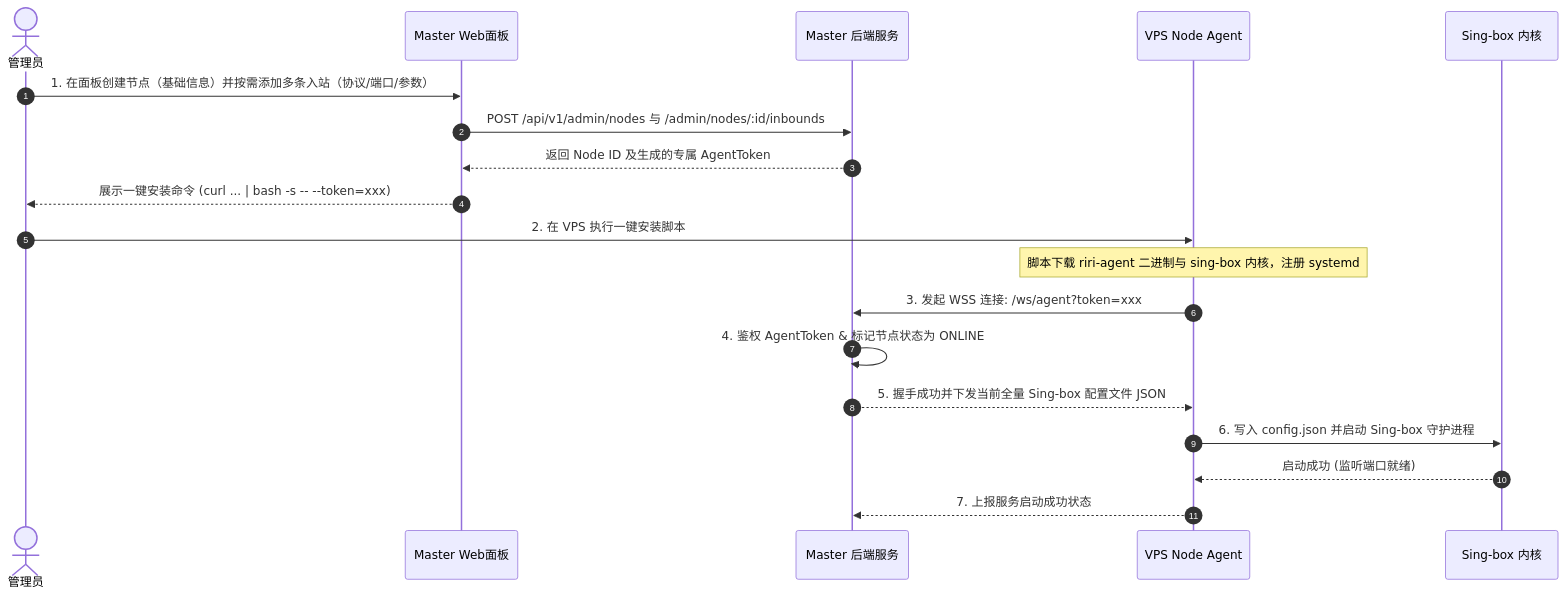
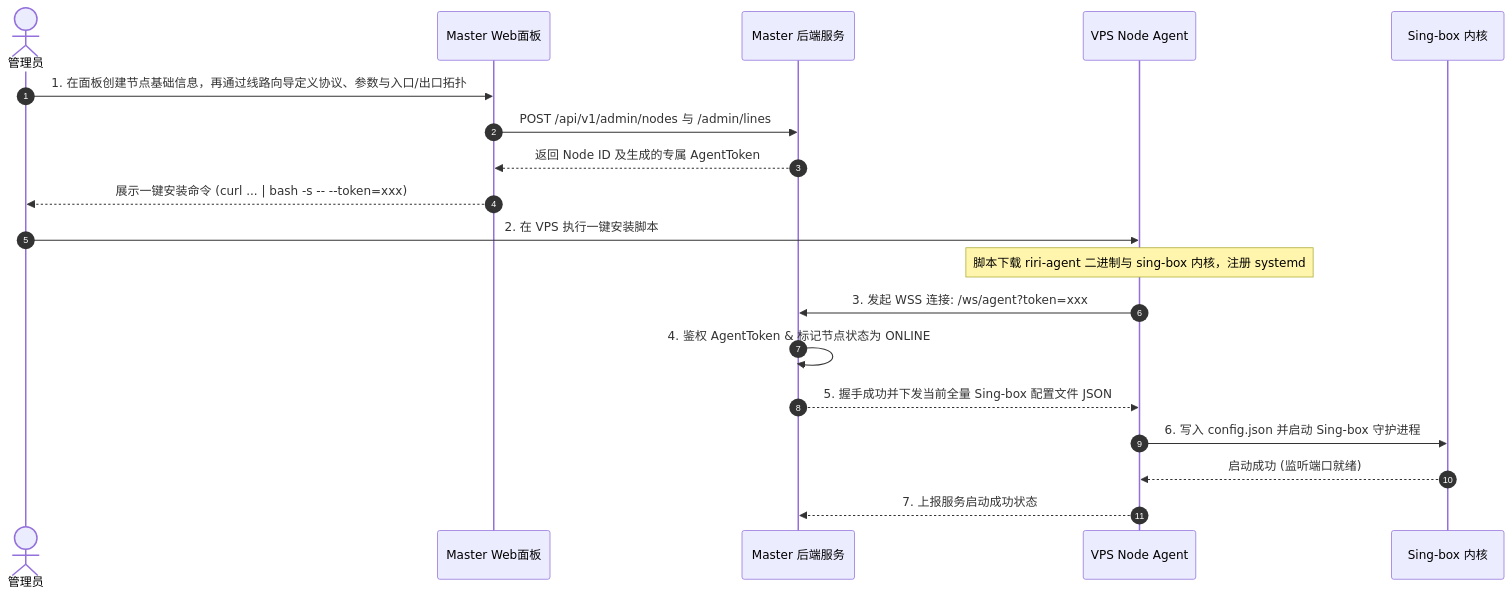
Before and after one commit to Nanako660/riricloud: the second of 5 diagrams in docs/ARCHITECTURE.md, drawn with Mermaid. The commit also changed other lines of this file and 55 other files, not shown here.

````diff
--- a/docs/ARCHITECTURE.md
+++ b/docs/ARCHITECTURE.md
@@ -85,23 +85,23 @@
 ```mermaid
 sequenceDiagram
     autonumber
     actor Admin as 管理员
     participant Web as Master Web面板
     participant Master as Master 后端服务
     participant Agent as VPS Node Agent
     participant Singbox as Sing-box 内核
 
-    Admin->>Web: 1. 在面板创建节点（基础信息）并按需添加多条入站（协议/端口/参数）
-    Web->>Master: POST /api/v1/admin/nodes 与 /admin/nodes/:id/inbounds
+    Admin->>Web: 1. 在面板创建节点基础信息，再通过线路向导定义协议、参数与入口/出口拓扑
+    Web->>Master: POST /api/v1/admin/nodes 与 /admin/lines
     Master-->>Web: 返回 Node ID 及生成的专属 AgentToken
     Web-->>Admin: 展示一键安装命令 (curl ... | bash -s -- --token=xxx)
     
     Admin->>Agent: 2. 在 VPS 执行一键安装脚本
     Note over Agent: 脚本下载 riri-agent 二进制与 sing-box 内核，注册 systemd
     Agent->>Master: 3. 发起 WSS 连接: /ws/agent?token=xxx
     Master->>Master: 4. 鉴权 AgentToken & 标记节点状态为 ONLINE
     Master-->>Agent: 5. 握手成功并下发当前全量 Sing-box 配置文件 JSON
     Agent->>Singbox: 6. 写入 config.json 并启动 Sing-box 守护进程
     Singbox-->>Agent: 启动成功 (监听端口就绪)
     Agent-->>Master: 7. 上报服务启动成功状态
 ```
````
